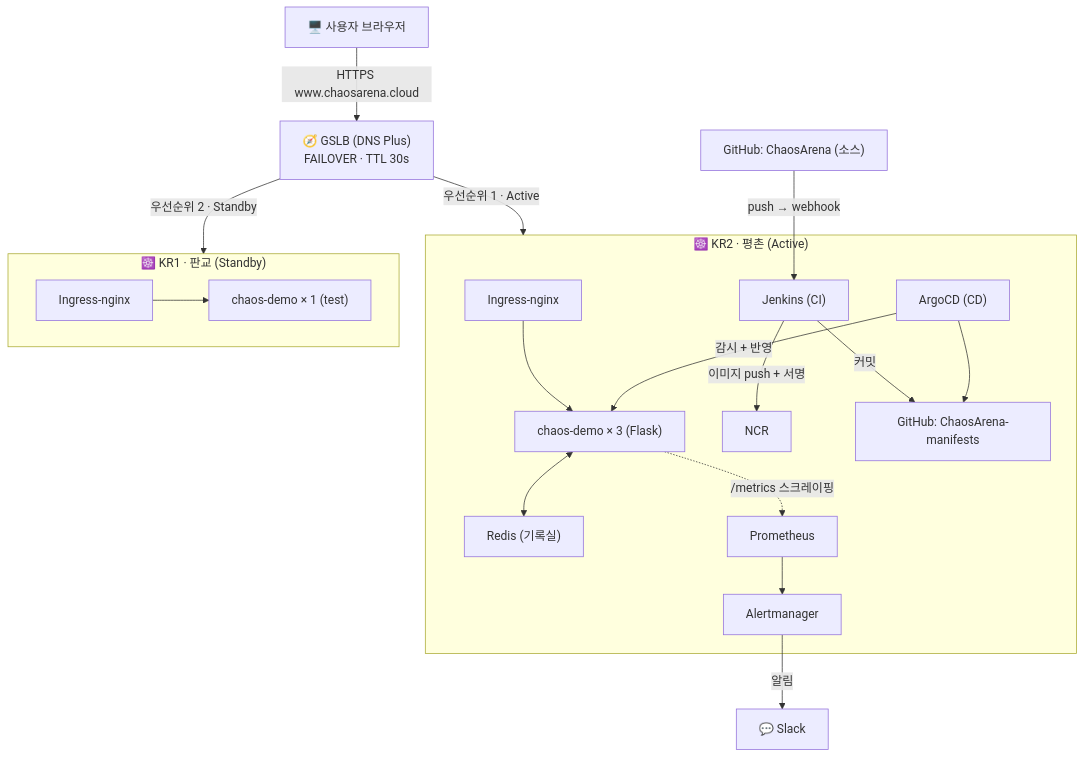
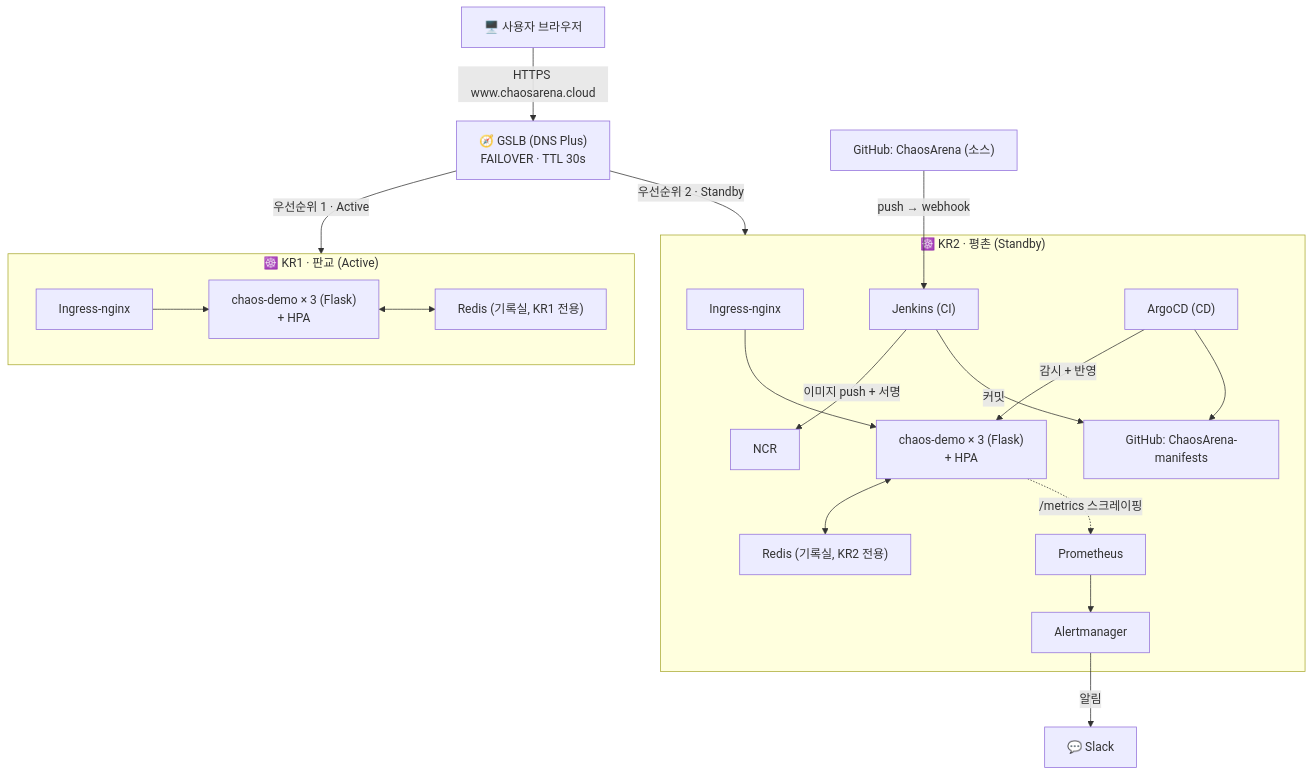
The diagram in docs/ARCHITECTURE.md (wonju90/ChaosArena), drawn with Mermaid before and after one commit. The commit also changed other lines of this file and 1 other file, not shown here.

First line of the commit message:
Update architecture docs for KR1-active + document the service-path/control-plane split

````diff
--- a/docs/ARCHITECTURE.md
+++ b/docs/ARCHITECTURE.md
@@ -17,24 +17,25 @@
 ```mermaid
 flowchart TB
     User["🖥️ 사용자 브라우저"] -->|"HTTPS www.chaosarena.cloud"| GSLB["🧭 GSLB (DNS Plus)<br/>FAILOVER · TTL 30s"]
-    GSLB -->|"우선순위 1 · Active"| KR2
-    GSLB -->|"우선순위 2 · Standby"| KR1
+    GSLB -->|"우선순위 1 · Active"| KR1
+    GSLB -->|"우선순위 2 · Standby"| KR2
 
-    subgraph KR2 ["☸️ KR2 · 평촌 (Active)"]
-        Ingress2["Ingress-nginx"] --> Pods2["chaos-demo × 3 (Flask)"]
-        Pods2 <--> Redis["Redis (기록실)"]
+    subgraph KR1 ["☸️ KR1 · 판교 (Active)"]
+        Ingress1["Ingress-nginx"] --> Pods1["chaos-demo × 3 (Flask)<br/>+ HPA"]
+        Pods1 <--> Redis1["Redis (기록실, KR1 전용)"]
+    end
+
+    subgraph KR2 ["☸️ KR2 · 평촌 (Standby)"]
+        Ingress2["Ingress-nginx"] --> Pods2["chaos-demo × 3 (Flask)<br/>+ HPA"]
+        Pods2 <--> Redis2["Redis (기록실, KR2 전용)"]
         Pods2 -.->|"/metrics 스크레이핑"| Prom["Prometheus"]
         Prom --> Alertmgr["Alertmanager"]
         Jenkins["Jenkins (CI)"] -->|"이미지 push + 서명"| NCR["NCR"]
         Jenkins -->|"커밋"| ManifestsRepo["GitHub: ChaosArena-manifests"]
         ArgoCD["ArgoCD (CD)"] -->|"감시 + 반영"| Pods2
         ArgoCD --> ManifestsRepo
     end
 
-    subgraph KR1 ["☸️ KR1 · 판교 (Standby)"]
-        Ingress1["Ingress-nginx"] --> Pods1["chaos-demo × 1 (test)"]
-    end
-
     SourceRepo["GitHub: ChaosArena (소스)"] -->|"push → webhook"| Jenkins
     Alertmgr -->|"알림"| Slack["💬 Slack"]
 ```
````
